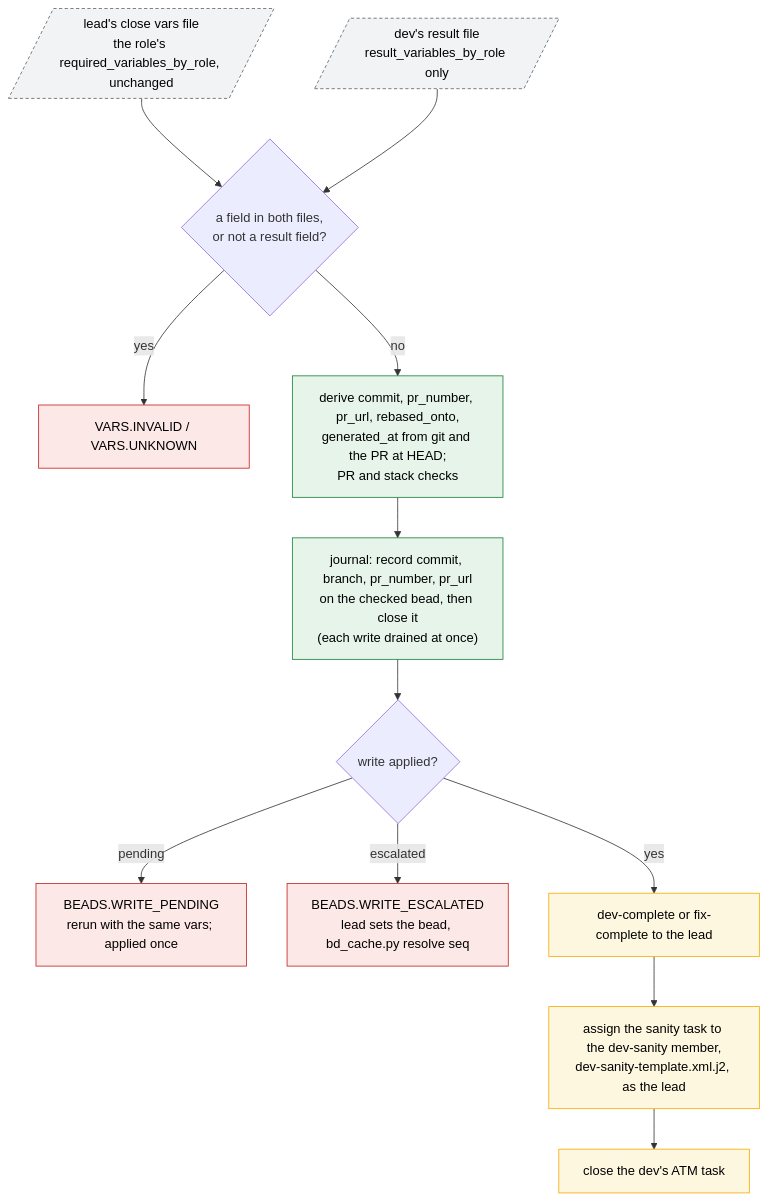
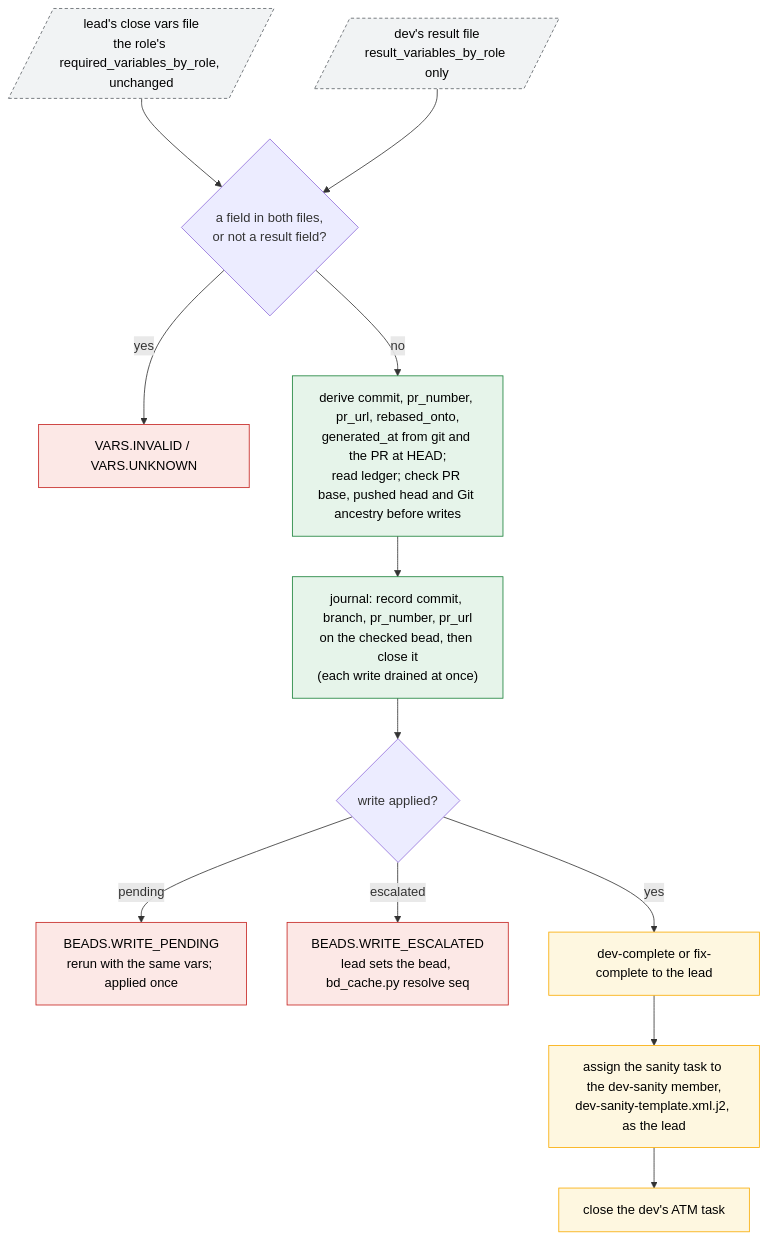
Before and after one commit to randlee/atm-bd-orchestration: the first of 3 diagrams in docs/diagrams/close-hooks.md, drawn with Mermaid. The commit also changed 20 other files, not shown here.

````diff
--- a/docs/diagrams/close-hooks.md
+++ b/docs/diagrams/close-hooks.md
@@ -19,28 +19,28 @@
 ```mermaid
 flowchart TB
   classDef file fill:#f1f3f4,stroke:#5f6368,stroke-dasharray:4 3,color:#000
   classDef script fill:#e6f4ea,stroke:#188038,color:#000
   classDef atm fill:#fef7e0,stroke:#f9ab00,color:#000
   classDef bad fill:#fce8e6,stroke:#c5221f,color:#000
 
   VARS[/"lead's close vars file<br/>the role's required_variables_by_role, unchanged"/]:::file
   RES[/"dev's result file<br/>result_variables_by_role only"/]:::file
   MERGE{"a field in both files,<br/>or not a result field?"}
   BADV["VARS.INVALID / VARS.UNKNOWN"]:::bad
-  DERIVE["derive commit, pr_number, pr_url, rebased_onto,<br/>generated_at from git and the PR at HEAD;<br/>PR and stack checks"]:::script
+  DERIVE["derive commit, pr_number, pr_url, rebased_onto,<br/>generated_at from git and the PR at HEAD;<br/>read ledger; check PR base, pushed head and Git ancestry before writes"]:::script
   WRITE["journal: record commit, branch, pr_number, pr_url<br/>on the checked bead, then close it<br/>(each write drained at once)"]:::script
   APPLIED{"write applied?"}
   PEND["BEADS.WRITE_PENDING<br/>rerun with the same vars; applied once"]:::bad
   ESCW["BEADS.WRITE_ESCALATED<br/>lead sets the bead, bd_cache.py resolve seq"]:::bad
   REPORT["dev-complete or fix-complete to the lead"]:::atm
   ASSIGN["assign the sanity task to the dev-sanity member,<br/>dev-sanity-template.xml.j2, as the lead"]:::atm
   DONE["close the dev's ATM task"]:::atm
 
   VARS --> MERGE
   RES --> MERGE
   MERGE -- yes --> BADV
   MERGE -- no --> DERIVE --> WRITE --> APPLIED
   APPLIED -- pending --> PEND
   APPLIED -- escalated --> ESCW
   APPLIED -- yes --> REPORT --> ASSIGN --> DONE
 ```
````
